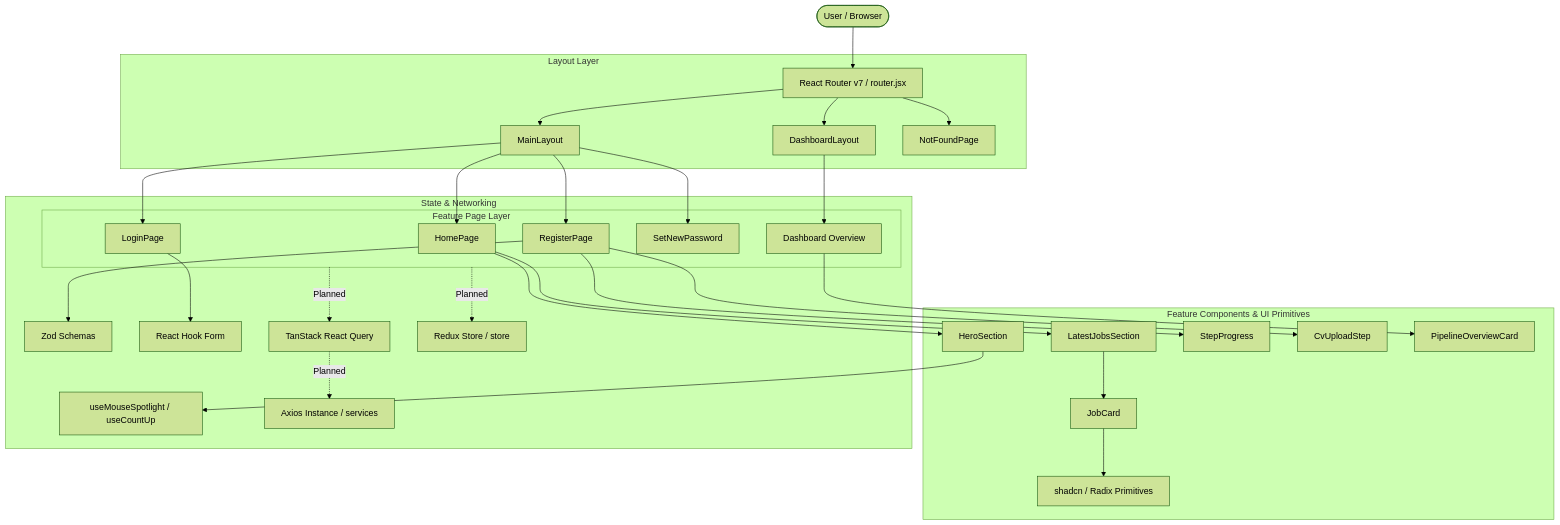
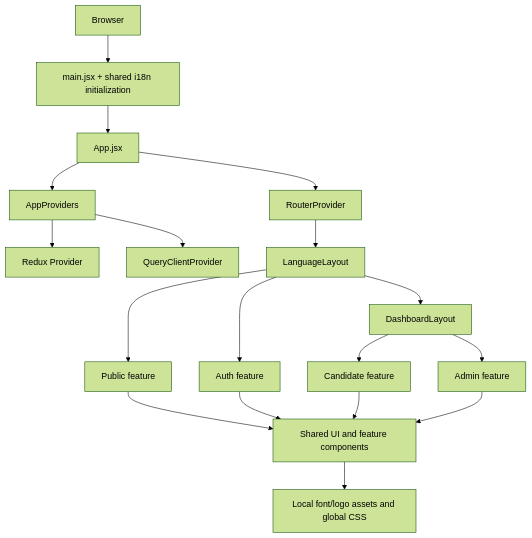
The diagram in PROJECT_CODEBASE_GUIDE.md (Ahmedlmansy/MatchIn), drawn with Mermaid (forest theme) before and after one commit. The commit also changed other lines of this file and 13 other files, not shown here.

First line of the commit message:
feat: add UsersDetailsPage component for user management

````diff
--- a/PROJECT_CODEBASE_GUIDE.md
+++ b/PROJECT_CODEBASE_GUIDE.md
@@ -1198,37 +249,20 @@
 ```mermaid
-graph TD
-    User([User / Browser]) --> Router[React Router v7 / router.jsx]
-
-    subgraph Layouts [Layout Layer]
-        Router --> MainLayout[MainLayout]
-        Router --> DashboardLayout[DashboardLayout]
-        Router --> NotFound[NotFoundPage]
-    end
-
-    subgraph FeaturePages [Feature Page Layer]
-        MainLayout --> HomePage[HomePage]
-        MainLayout --> LoginPage[LoginPage]
-        MainLayout --> RegisterPage[RegisterPage]
-        MainLayout --> SetNewPassword[SetNewPassword]
-        DashboardLayout --> Overview[Dashboard Overview]
-    end
-
-    subgraph Presentation [Feature Components & UI Primitives]
-        HomePage --> HeroSection[HeroSection]
-        HomePage --> LatestJobs[LatestJobsSection]
-        RegisterPage --> StepProgress[StepProgress]
-        RegisterPage --> CvUpload[CvUploadStep]
-        Overview --> PipelineCard[PipelineOverviewCard]
-        LatestJobs --> JobCard[JobCard]
-        JobCard --> RadixUI[shadcn / Radix Primitives]
-    end
-
-    subgraph LogicAndState [State & Networking]
-        RegisterPage --> ZodSchemas[Zod Schemas]
-        LoginPage --> ReactHookForm[React Hook Form]
-        HeroSection --> FramerHooks[useMouseSpotlight / useCountUp]
-        FeaturePages -. Planned .-> TanStackQuery[TanStack React Query]
-        TanStackQuery -. Planned .-> AxiosInstance[Axios Instance / services]
-        FeaturePages -. Planned .-> ReduxStore[Redux Store / store]
-    end
+flowchart TD
+    Browser[Browser] --> Main[main.jsx + shared i18n initialization]
+    Main --> App[App.jsx]
+    App --> Providers[AppProviders]
+    Providers --> Redux[Redux Provider]
+    Providers --> Query[QueryClientProvider]
+    App --> Router[RouterProvider]
+    Router --> Language[LanguageLayout]
+    Language --> Public[Public feature]
+    Language --> Auth[Auth feature]
+    Language --> Dashboard[DashboardLayout]
+    Dashboard --> Candidate[Candidate feature]
+    Dashboard --> Admin[Admin feature]
+    Public --> UI[Shared UI and feature components]
+    Auth --> UI
+    Candidate --> UI
+    Admin --> UI
+    UI --> Assets[Local font/logo assets and global CSS]
 ```
````
